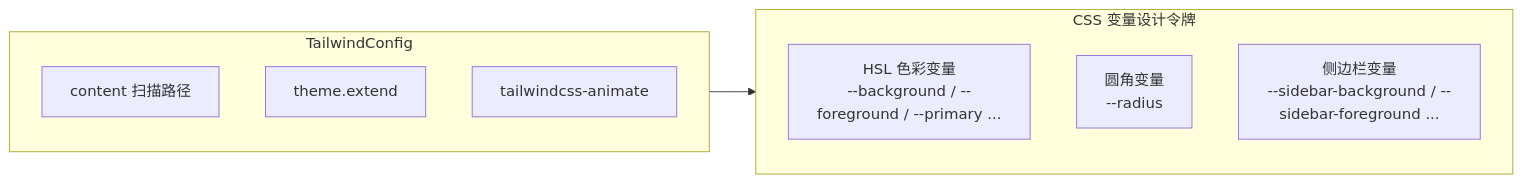
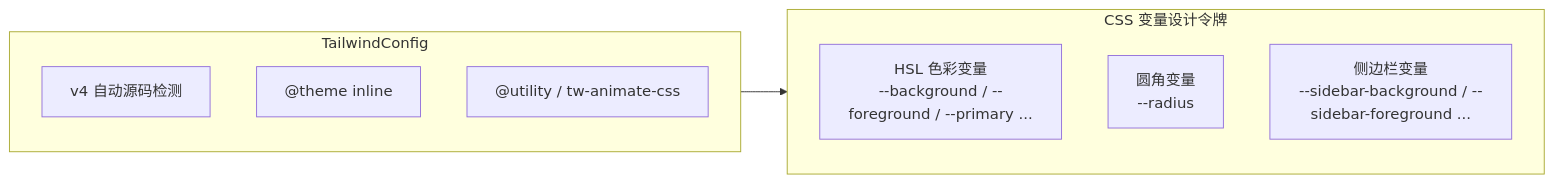
The first of 3 diagrams in docs/architecture/02-tech-stack.md (Sun1090/IndieStack), drawn with Mermaid before and after one commit. The commit also changed other lines of this file and 26 other files, not shown here.

````diff
--- a/docs/architecture/02-tech-stack.md
+++ b/docs/architecture/02-tech-stack.md
@@ -27,14 +27,14 @@
 ```mermaid
 graph LR
     subgraph TailwindConfig
-        Content["content 扫描路径"]
-        Theme["theme.extend"]
-        Plugins["tailwindcss-animate"]
+        SourceDetection["v4 自动源码检测"]
+        Theme["@theme inline"]
+        Utilities["@utility / tw-animate-css"]
     end
     subgraph DesignTokens["CSS 变量设计令牌"]
         Colors["HSL 色彩变量<br/>--background / --foreground / --primary ..."]
         Radius["圆角变量<br/>--radius"]
         Sidebar["侧边栏变量<br/>--sidebar-background / --sidebar-foreground ..."]
     end
     TailwindConfig --> DesignTokens
 ```
````
